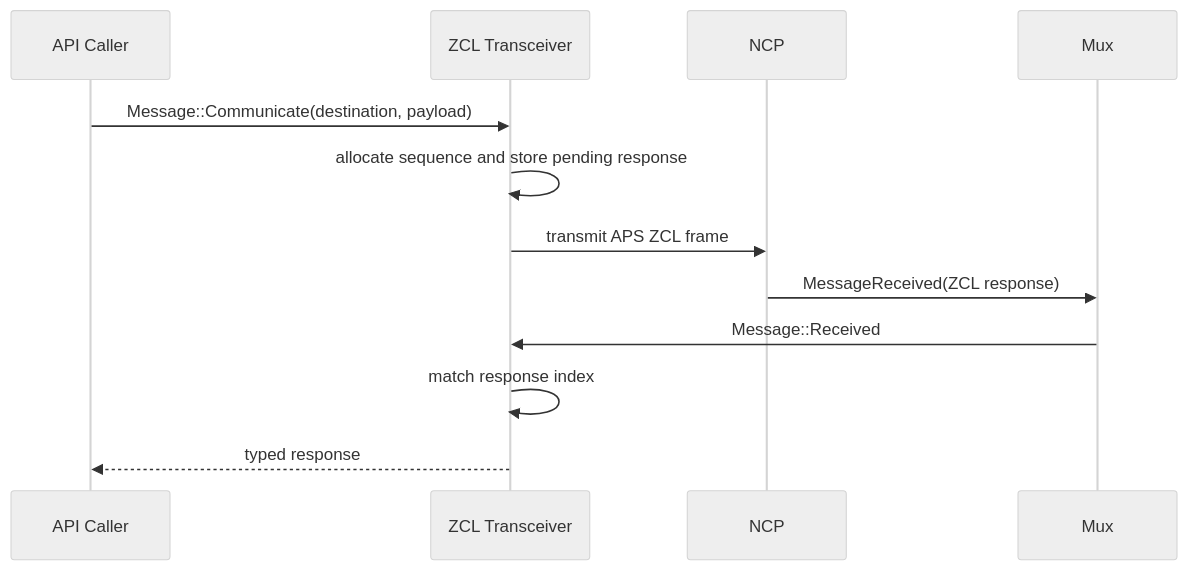
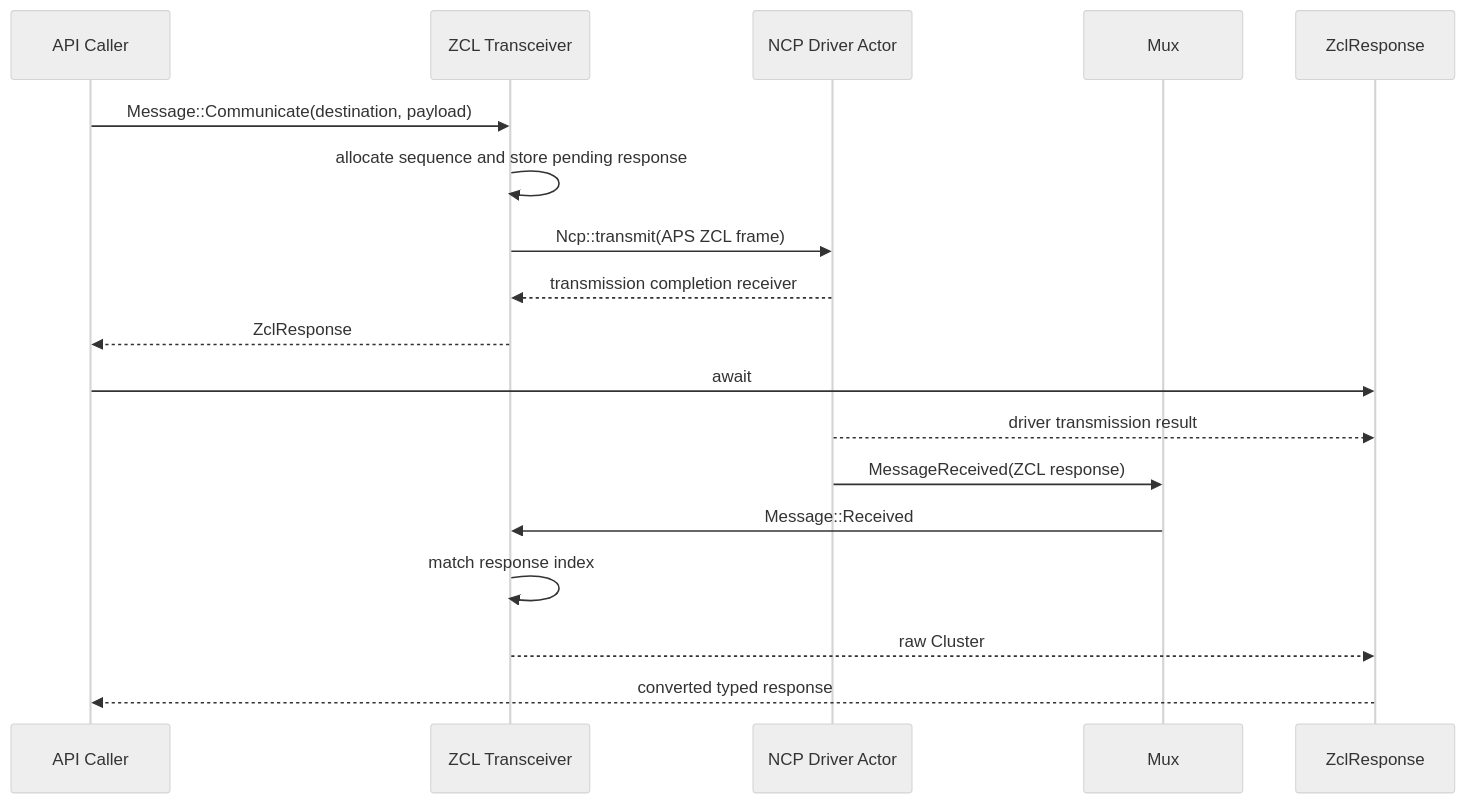
One commit to PaulmannLighting/apis-saltans changed the fifth of 8 diagrams in coordinator/ARCHITECTURE.md. Above: the diagram before and after it, drawn with Mermaid (neutral theme). The commit also changed other lines of this file and 28 other files, not shown here.

````diff
--- a/coordinator/ARCHITECTURE.md
+++ b/coordinator/ARCHITECTURE.md
@@ -201,15 +232,21 @@
 ```mermaid
 sequenceDiagram
     participant API as API Caller
     participant ZCL as ZCL Transceiver
-    participant HW as NCP
+    participant HW as NCP Driver Actor
     participant M as Mux
+    participant R as ZclResponse
 
     API->>ZCL: Message::Communicate(destination, payload)
     ZCL->>ZCL: allocate sequence and store pending response
-    ZCL->>HW: transmit APS ZCL frame
+    ZCL->>HW: Ncp::transmit(APS ZCL frame)
+    HW-->>ZCL: transmission completion receiver
+    ZCL-->>API: ZclResponse
+    API->>R: await
+    HW-->>R: driver transmission result
     HW->>M: MessageReceived(ZCL response)
     M->>ZCL: Message::Received
     ZCL->>ZCL: match response index
-    ZCL-->>API: typed response
+    ZCL-->>R: raw Cluster
+    R-->>API: converted typed response
 ```
````
